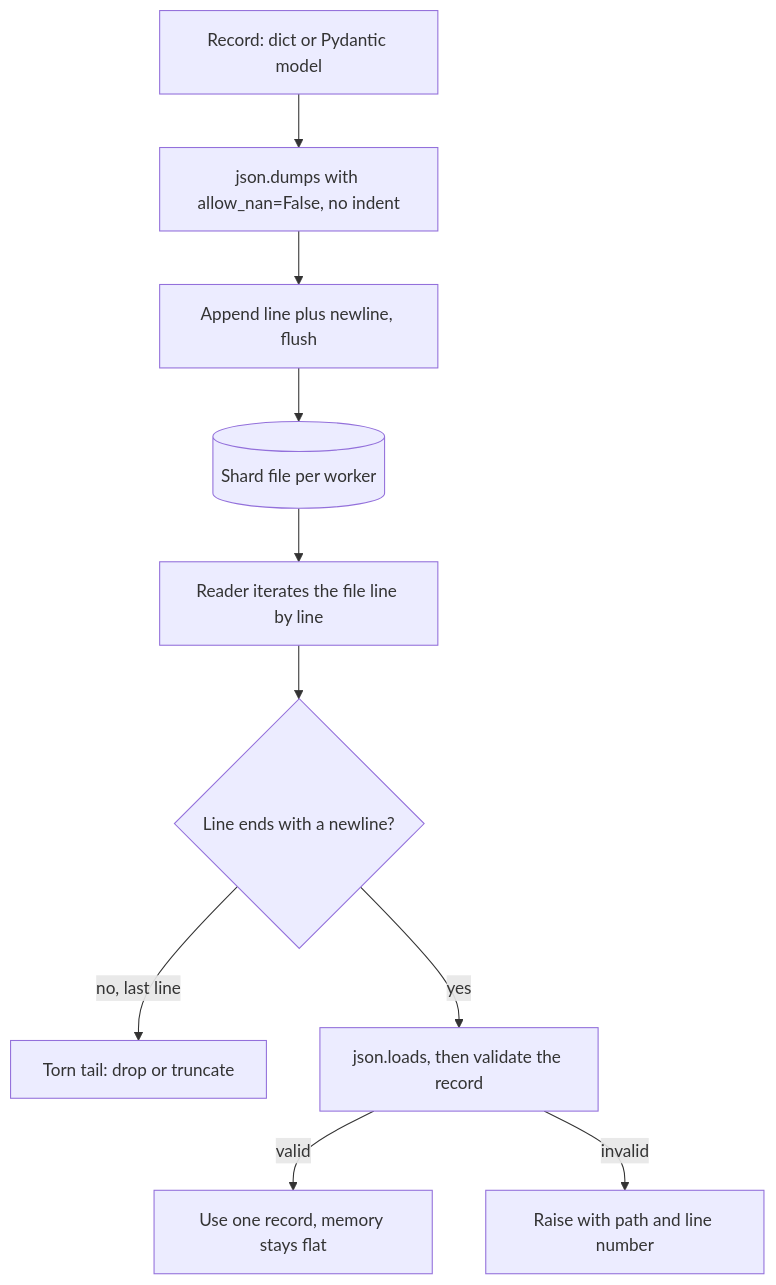
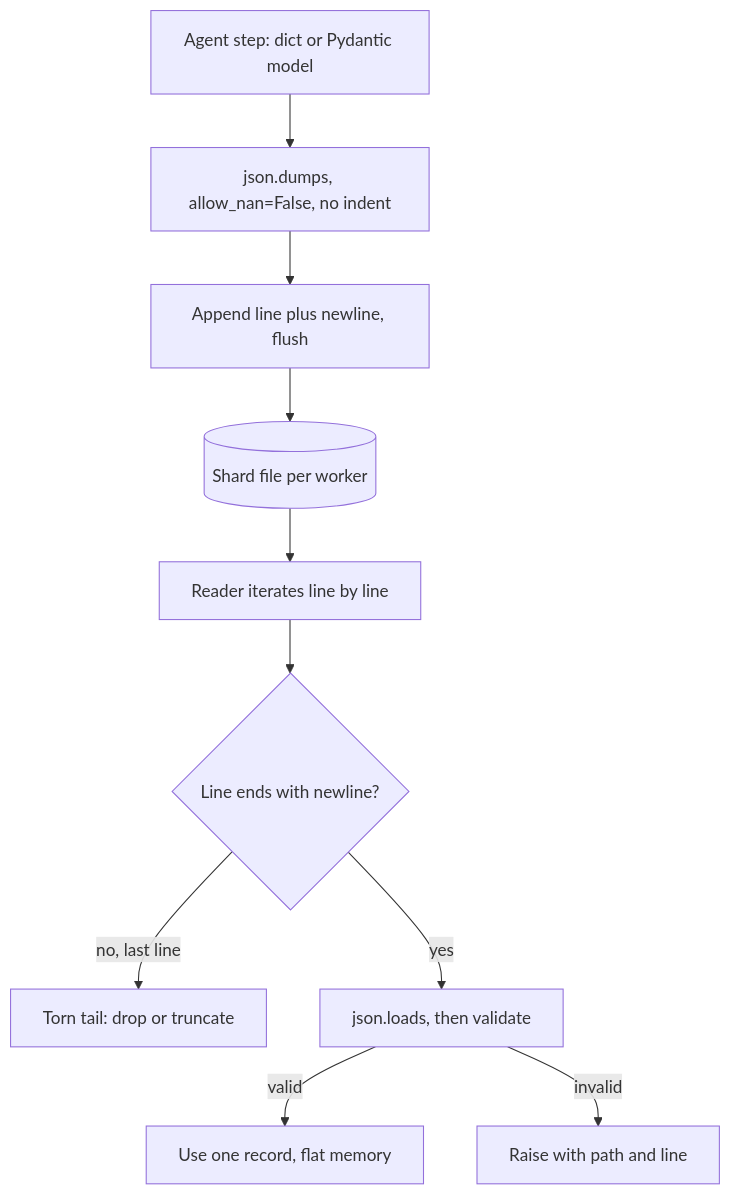
Before and after one commit to lovishmahajan97/agentic-learning: the diagram in content/python-for-ai/json-jsonl.md, drawn with Mermaid. The commit also changed other lines of this file and 266 other files, not shown here.

````diff
--- a/content/python-for-ai/json-jsonl.md
+++ b/content/python-for-ai/json-jsonl.md
@@ -109,12 +133,12 @@
 ```mermaid
 flowchart TD
-    R["Record: dict or Pydantic model"] --> W["json.dumps with allow_nan=False, no indent"]
+    R["Agent step: dict or Pydantic model"] --> W["json.dumps, allow_nan=False, no indent"]
     W --> A["Append line plus newline, flush"]
     A --> F[("Shard file per worker")]
-    F --> I["Reader iterates the file line by line"]
-    I --> T{"Line ends with a newline?"}
+    F --> I["Reader iterates line by line"]
+    I --> T{"Line ends with newline?"}
     T -->|"no, last line"| X["Torn tail: drop or truncate"]
-    T -->|"yes"| L["json.loads, then validate the record"]
-    L -->|"valid"| U["Use one record, memory stays flat"]
-    L -->|"invalid"| E["Raise with path and line number"]
+    T -->|"yes"| L["json.loads, then validate"]
+    L -->|"valid"| U["Use one record, flat memory"]
+    L -->|"invalid"| E["Raise with path and line"]
 ```
````
